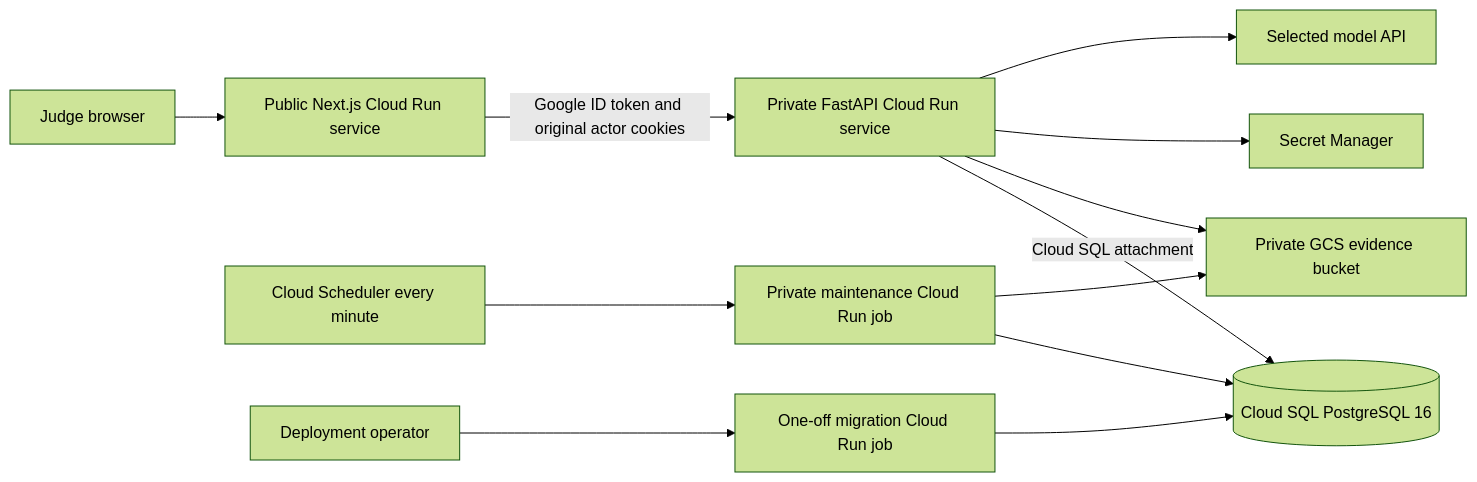
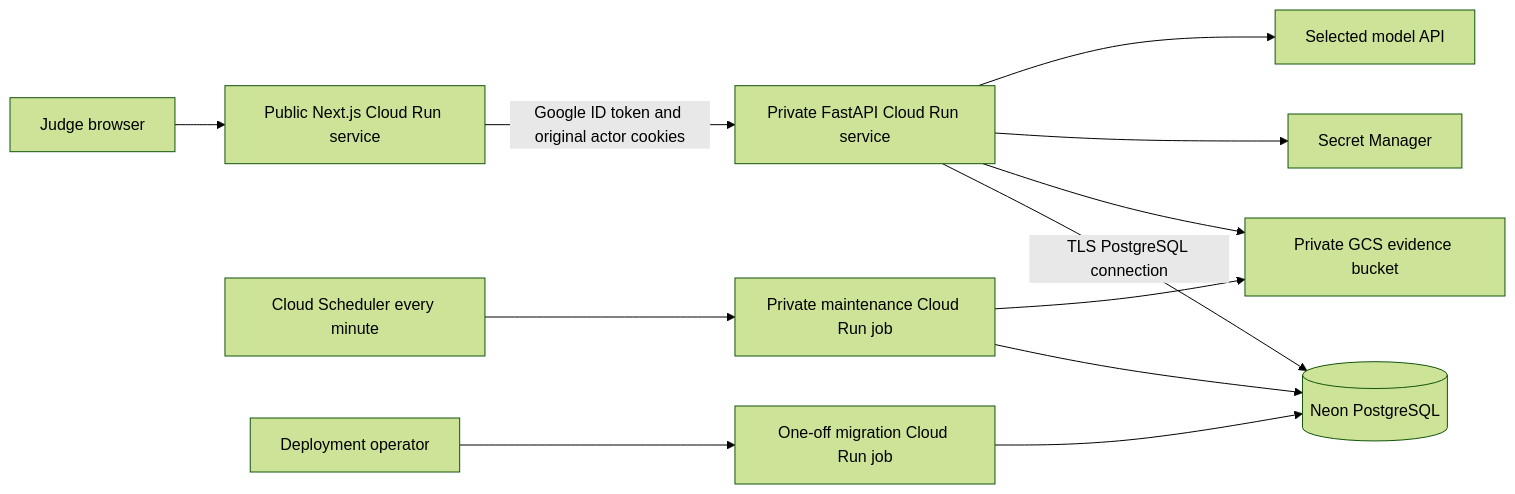
Before and after one commit to Nemo-Organization/Nemo: the diagram in docs/guardian/cloud-deployment.md, drawn with Mermaid (forest theme). The commit also changed other lines of this file and 4 other files, not shown here.

Commit message:
docs: use Neon or Supabase for hosted PostgreSQL

````diff
--- a/docs/guardian/cloud-deployment.md
+++ b/docs/guardian/cloud-deployment.md
@@ -7,14 +7,14 @@
 ```mermaid
 flowchart LR
     User[Judge browser] --> Web[Public Next.js Cloud Run service]
     Web -->|Google ID token and original actor cookies| API[Private FastAPI Cloud Run service]
-    API -->|Cloud SQL attachment| DB[(Cloud SQL PostgreSQL 16)]
+    API -->|TLS PostgreSQL connection| DB[(Neon PostgreSQL)]
     API --> Bucket[Private GCS evidence bucket]
     API --> Secrets[Secret Manager]
     API --> Model[Selected model API]
     Scheduler[Cloud Scheduler every minute] --> Job[Private maintenance Cloud Run job]
     Job --> DB
     Job --> Bucket
     Deploy[Deployment operator] --> Migration[One-off migration Cloud Run job]
     Migration --> DB
 ```
````
